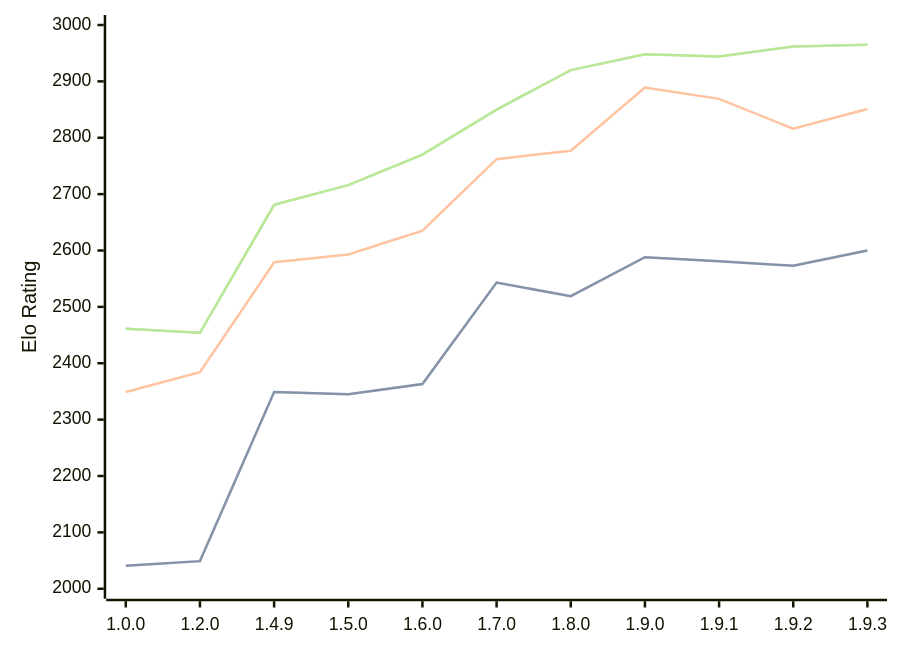
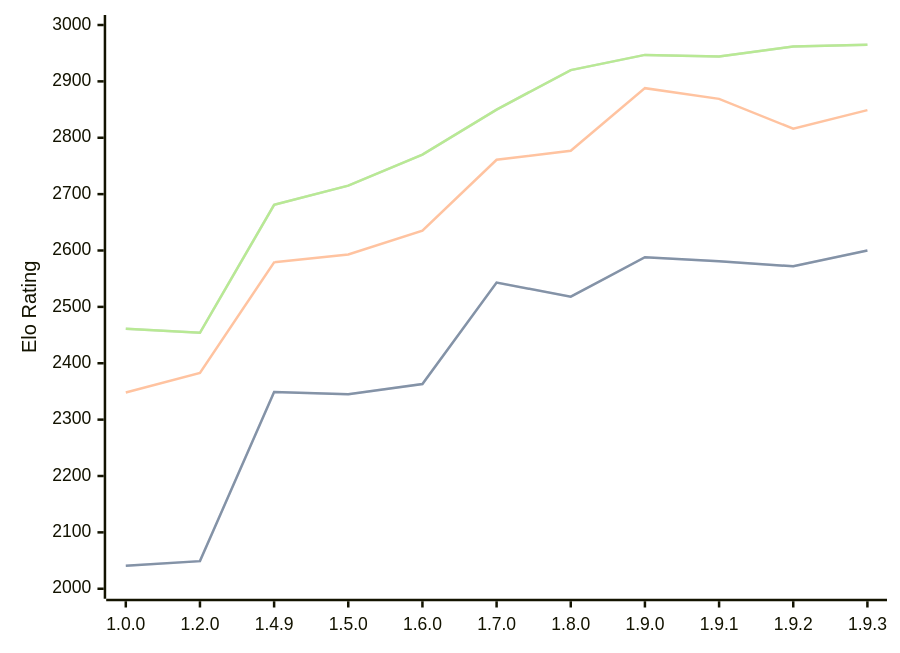
The diagram in engines/Basilisk.md (computer-chess-index/cci), drawn with Mermaid before and after one commit. The commit also changed other lines of this file, not shown here.

Commit message:
Update CCI Ratings (ELO VLTC) - 2026-08-28

````diff
--- a/engines/Basilisk.md
+++ b/engines/Basilisk.md
@@ -54,11 +54,11 @@
 ```mermaid
 %%{init: {"theme":"base","themeVariables":{"seriesColors:['#a3a3a3','#222221','#faa371']}}}%%
 xychart-beta
   x-axis ["1.0.0", "1.2.0", "1.4.9", "1.5.0", "1.6.0", "1.7.0", "1.8.0", "1.9.0", "1.9.1", "1.9.2", "1.9.3"]
   y-axis "Elo Rating" 2000 --> 3000
-  line "" [2041, 2049, 2349, 2345, 2363, 2543, 2519, 2588, 2581, 2573, 2600]
-  line "STC (8.0+0.08s)" [2041, 2049, 2349, 2345, 2363, 2543, 2519, 2588, 2581, 2573, 2600]
-  line "LTC (60.0+0.60s)" [2349, 2384, 2579, 2593, 2635, 2762, 2777, 2889, 2869, 2816, 2851]
-  line "" [2461, 2454, 2681, 2716, 2770, 2850, 2920, 2948, 2944, 2962, 2965]
-  line "VLTC (2m24s+1.12s)" [2461, 2454, 2681, 2716, 2770, 2850, 2920, 2948, 2944, 2962, 2965]
+  line "" [2041, 2049, 2349, 2345, 2363, 2543, 2518, 2588, 2581, 2572, 2600]
+  line "STC (8.0+0.08s)" [2041, 2049, 2349, 2345, 2363, 2543, 2518, 2588, 2581, 2572, 2600]
+  line "LTC (60.0+0.60s)" [2348, 2383, 2579, 2593, 2635, 2761, 2777, 2888, 2869, 2816, 2849]
+  line "" [2461, 2454, 2681, 2715, 2770, 2850, 2920, 2947, 2944, 2962, 2965]
+  line "VLTC (2m24s+1.12s)" [2461, 2454, 2681, 2715, 2770, 2850, 2920, 2947, 2944, 2962, 2965]
 ```
````
